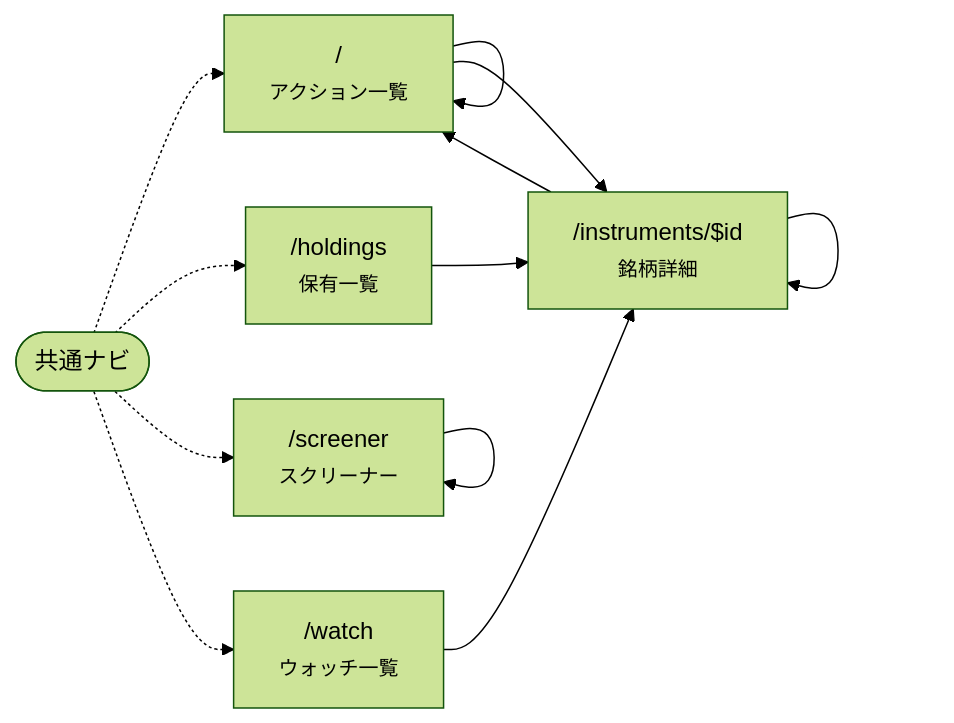
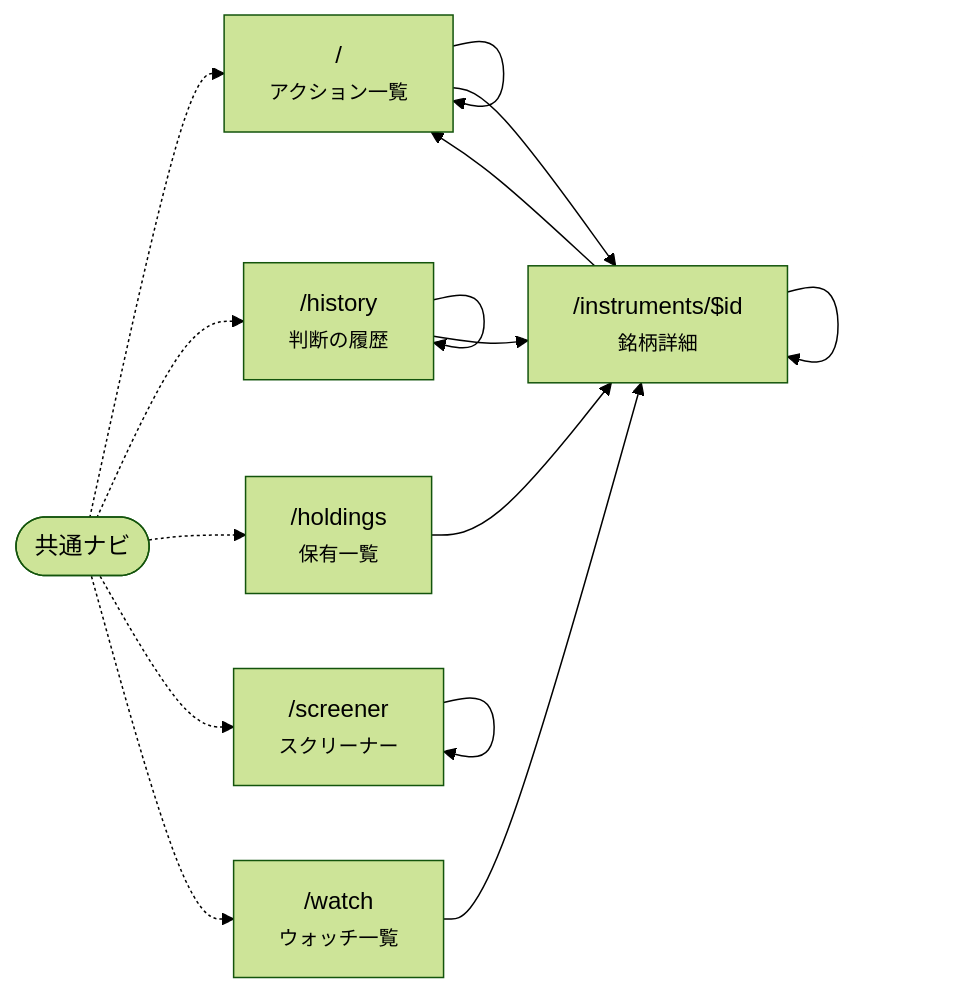
The diagram in docs/screens.md (itinao/trading-tools), drawn with Mermaid (forest theme) before and after one commit. The commit also changed other lines of this file and 25 other files, not shown here.

First line of the commit message:
Complete M5 and execution plan 0001: history page, timeline, sparklines (design doc 0014)

````diff
--- a/docs/screens.md
+++ b/docs/screens.md
@@ -18,20 +19,24 @@
 ```mermaid
 flowchart LR
     NAV(["共通ナビ"])
     R_["/<br><small>アクション一覧</small>"]
+    R_history["/history<br><small>判断の履歴</small>"]
     R_holdings["/holdings<br><small>保有一覧</small>"]
     R_instruments__id["/instruments/$id<br><small>銘柄詳細</small>"]
     R_screener["/screener<br><small>スクリーナー</small>"]
     R_watch["/watch<br><small>ウォッチ一覧</small>"]
     NAV -.-> R_
+    NAV -.-> R_history
     NAV -.-> R_holdings
     NAV -.-> R_screener
     NAV -.-> R_watch
     R_ --> R_
     R_ --> R_instruments__id
+    R_history --> R_history
+    R_history --> R_instruments__id
     R_holdings --> R_instruments__id
     R_instruments__id --> R_
     R_instruments__id --> R_instruments__id
     R_screener --> R_screener
     R_watch --> R_instruments__id
 ```
````
